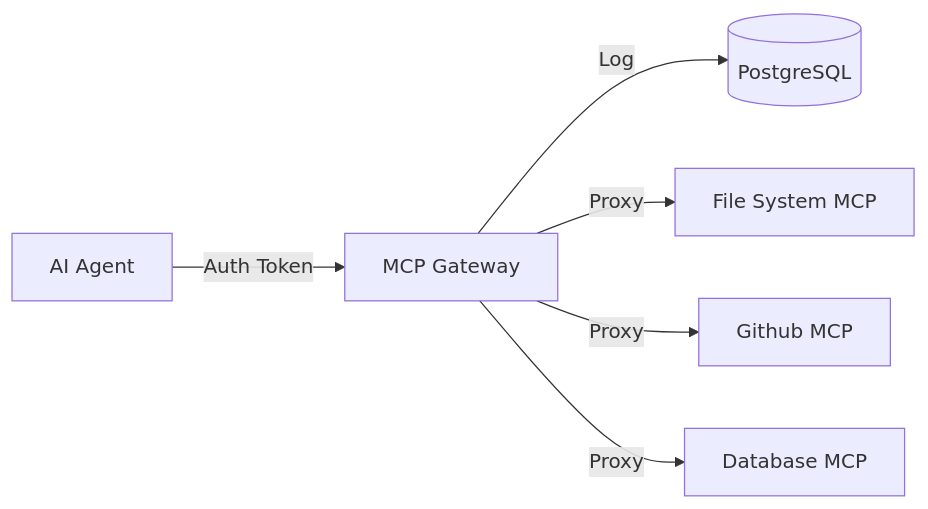
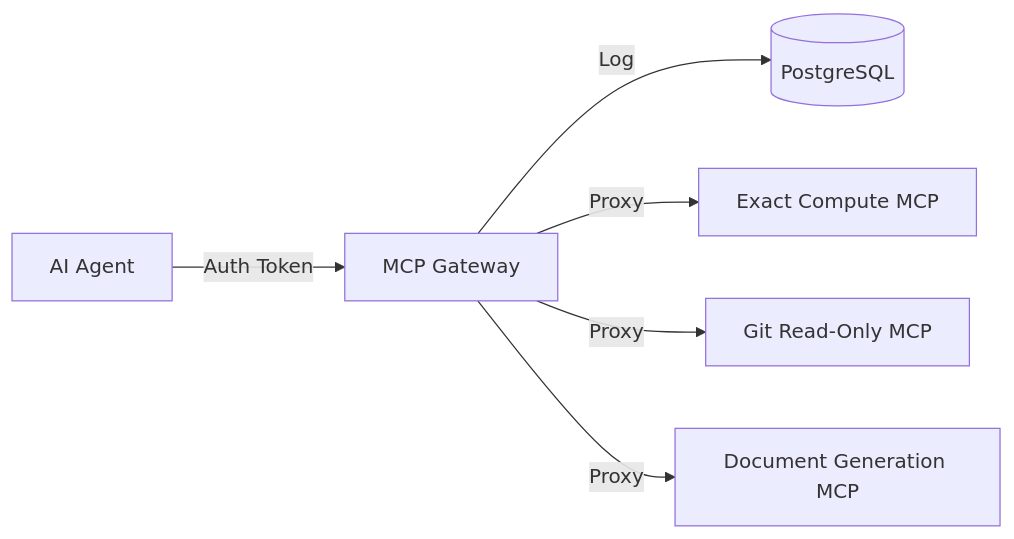
One commit to epurn/mcp-gateway changed the diagram in README.md. Above: the diagram before and after it, drawn with Mermaid. The commit also changed other lines of this file and 5 other files, not shown here.

````diff
--- a/README.md
+++ b/README.md
@@ -33,8 +33,8 @@
 ```mermaid
 graph LR
     Client[AI Agent] -->|Auth Token| Gateway[MCP Gateway]
     Gateway -->|Log| DB[(PostgreSQL)]
-    Gateway -->|Proxy| ToolA[File System MCP]
-    Gateway -->|Proxy| ToolB[Github MCP]
-    Gateway -->|Proxy| ToolC[Database MCP]
+    Gateway -->|Proxy| ToolA[Exact Compute MCP]
+    Gateway -->|Proxy| ToolB[Git Read-Only MCP]
+    Gateway -->|Proxy| ToolC[Document Generation MCP]
 ```
````
